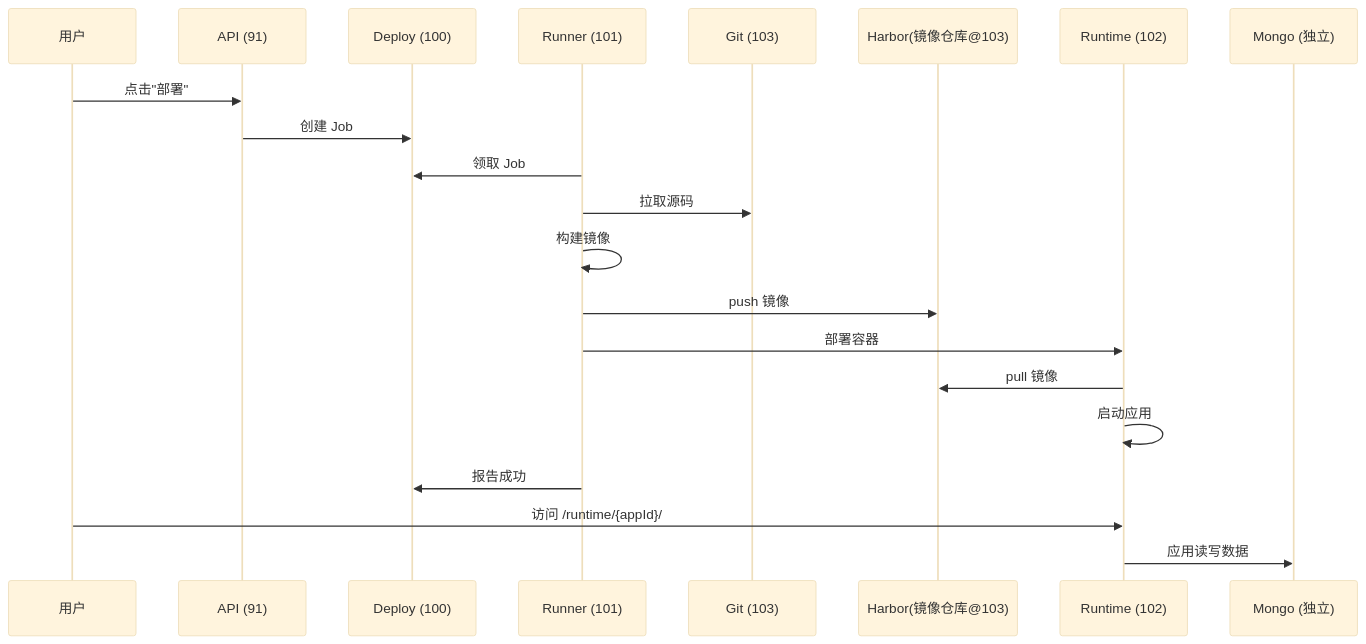
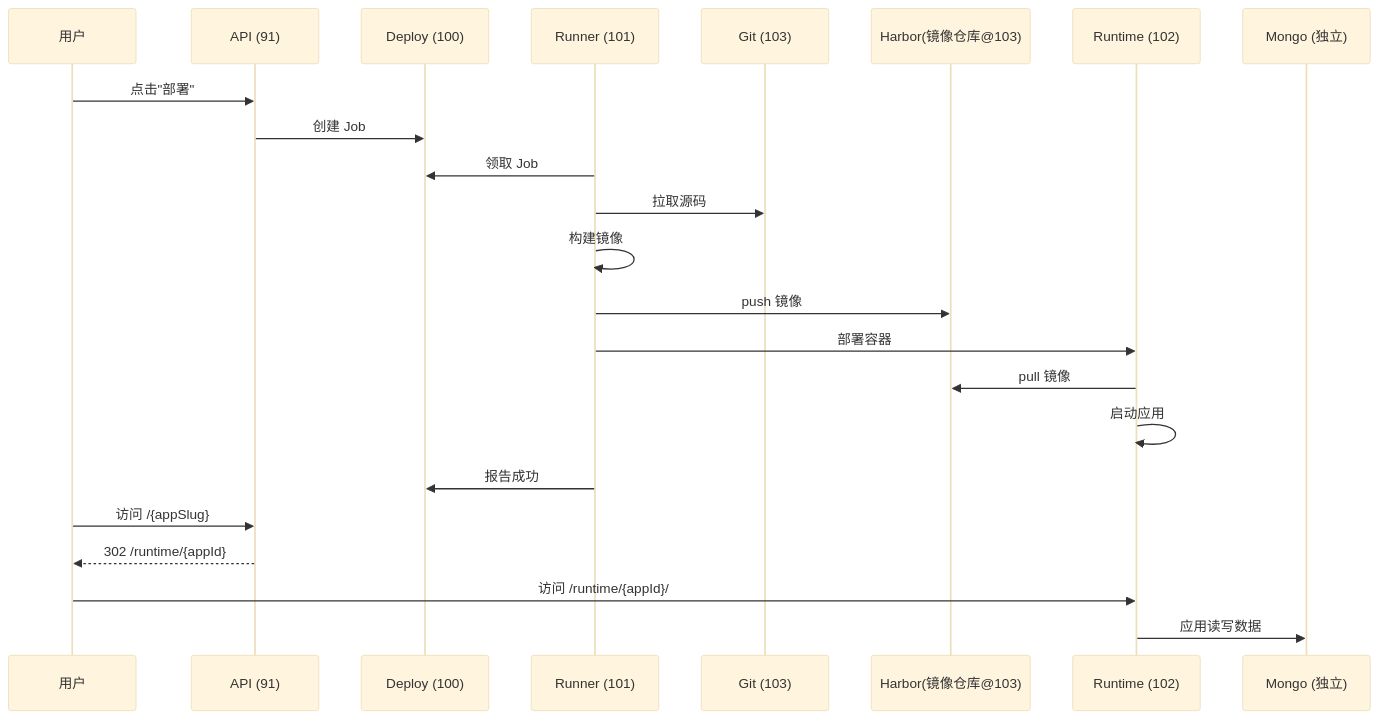
One commit to ruiAndroid/fun-ai-studio-api changed the third of 4 diagrams in src/main/resources/doc/domains/architecture/README.md. Above: the diagram before and after it, drawn with Mermaid (base theme). The commit also changed other lines of this file and 16 other files, not shown here.

Commit message:
feat(appSlug): 支持应用公网别名路由

````diff
--- a/src/main/resources/doc/domains/architecture/README.md
+++ b/src/main/resources/doc/domains/architecture/README.md
@@ -155,26 +157,28 @@
 ```mermaid
 sequenceDiagram
     participant U as 用户
     participant API as API (91)
     participant D as Deploy (100)
     participant R as Runner (101)
     participant Git as Git (103)
     participant Harbor as Harbor(镜像仓库@103)
     participant RT as Runtime (102)
     participant M as Mongo (独立)
 
     U->>API: 点击"部署"
     API->>D: 创建 Job
 
     R->>D: 领取 Job
     R->>Git: 拉取源码
     R->>R: 构建镜像
     R->>Harbor: push 镜像
     R->>RT: 部署容器
     RT->>Harbor: pull 镜像
     RT->>RT: 启动应用
     R->>D: 报告成功
 
+    U->>API: 访问 /{appSlug}
+    API-->>U: 302 /runtime/{appId}
     U->>RT: 访问 /runtime/{appId}/
     RT->>M: 应用读写数据
 ```
````
